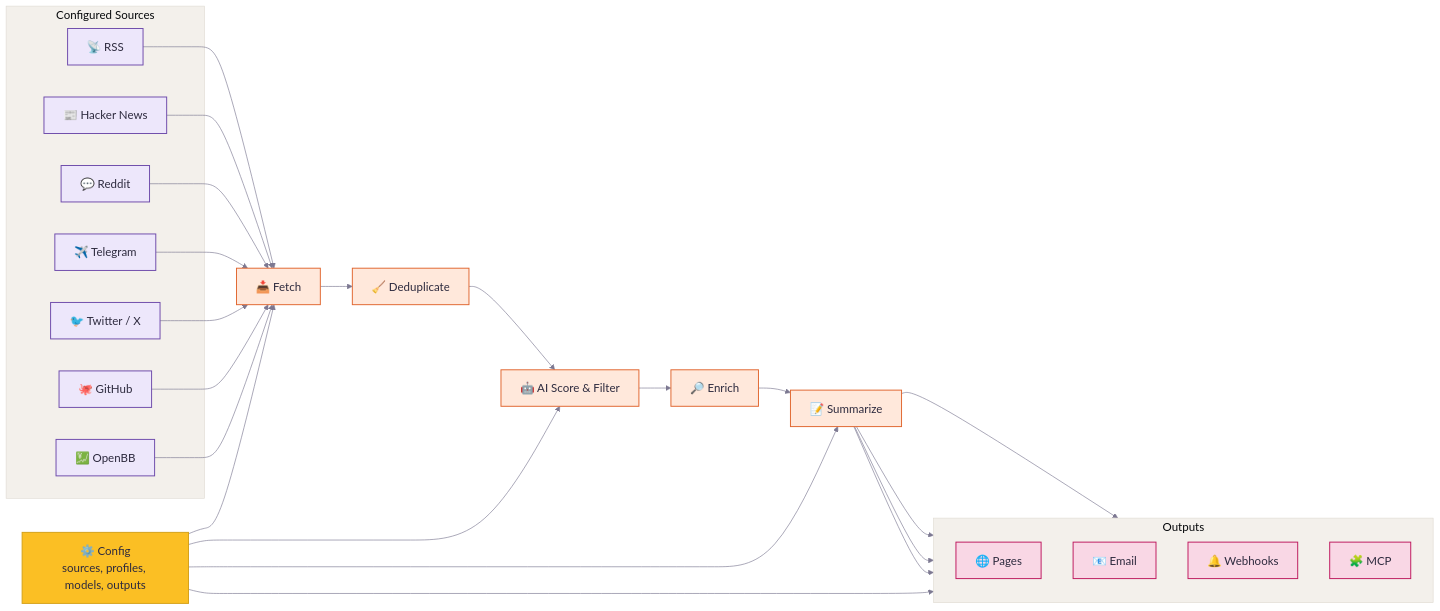
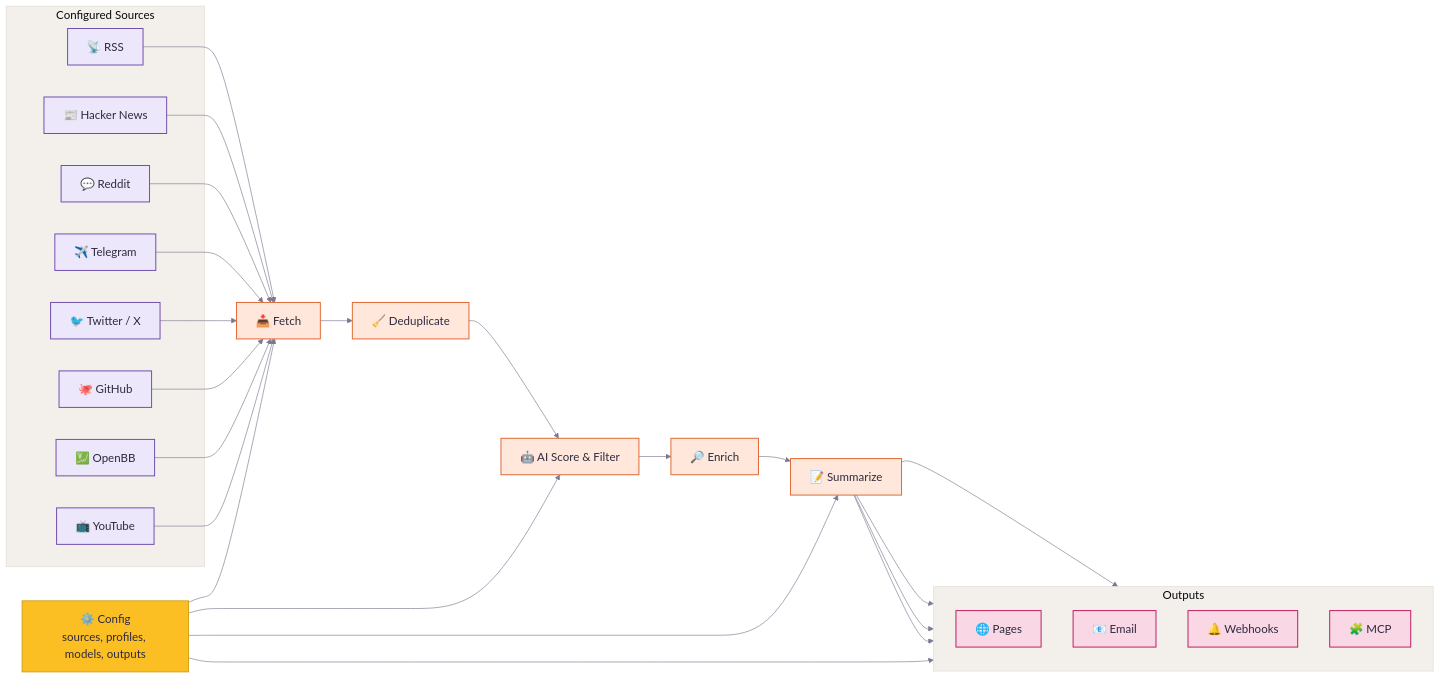
One commit to PavelLizunov/horizon changed the diagram in README.md. Above: the diagram before and after it, drawn with Mermaid. The commit also changed other lines of this file and 9 other files, not shown here.

````diff
--- a/README.md
+++ b/README.md
@@ -99,70 +90,72 @@
 ```mermaid
 %%{init: {
   "theme": "base",
   "themeVariables": {
     "fontFamily": "ui-sans-serif, system-ui, -apple-system, BlinkMacSystemFont, Segoe UI, sans-serif",
     "fontSize": "18px",
     "primaryTextColor": "#2d2a3e",
     "primaryBorderColor": "#e0dbd3",
     "lineColor": "#7c7891",
     "tertiaryColor": "#faf8f5",
     "clusterBkg": "#f3f0eb",
     "clusterBorder": "#e0dbd3"
   }
 }}%%
 flowchart LR
     classDef config fill:#fbbf24,stroke:#d4a017,color:#2d2a3e,stroke-width:1.5px;
     classDef source fill:#ede7fb,stroke:#6d4aaa,color:#2d2a3e,stroke-width:1.5px;
     classDef process fill:#ffe8db,stroke:#e0652e,color:#2d2a3e,stroke-width:1.5px;
     classDef output fill:#f9d7e5,stroke:#be185d,color:#2d2a3e,stroke-width:1.5px;
 
     config["⚙️ Config<br/>sources, profiles, models, outputs"]
 
     subgraph sources["Configured Sources"]
         rss["📡 RSS"]
         hn["📰 Hacker News"]
         reddit["💬 Reddit"]
         telegram["✈️ Telegram"]
         twitter["🐦 Twitter / X"]
         github["🐙 GitHub"]
         openbb["💹 OpenBB"]
+        yt["📺 YouTube"]
     end
 
     fetch["📥 Fetch"]
     dedup["🧹 Deduplicate"]
     score["🤖 AI Score & Filter"]
     enrich["🔎 Enrich"]
     summary["📝 Summarize"]
 
     subgraph outputs["Outputs"]
         direction TB
         site["🌐 Pages"]
         email["📧 Email"]
         webhook["🔔 Webhooks"]
         mcp["🧩 MCP"]
     end
 
     config --> fetch
     rss --> fetch
     hn --> fetch
     reddit --> fetch
     telegram --> fetch
     twitter --> fetch
     github --> fetch
     openbb --> fetch
+    yt --> fetch
 
     fetch --> dedup --> score --> enrich --> summary
     config --> score
     config --> summary
     config --> outputs
 
     summary --> site
     summary --> email
     summary --> webhook
     summary --> mcp
 
     class config config
-    class rss,hn,reddit,telegram,twitter,github,openbb source
+    class rss,hn,reddit,telegram,twitter,github,openbb,yt source
     class fetch,dedup,score,enrich,summary process
     class site,email,webhook,mcp output
 ```
````
